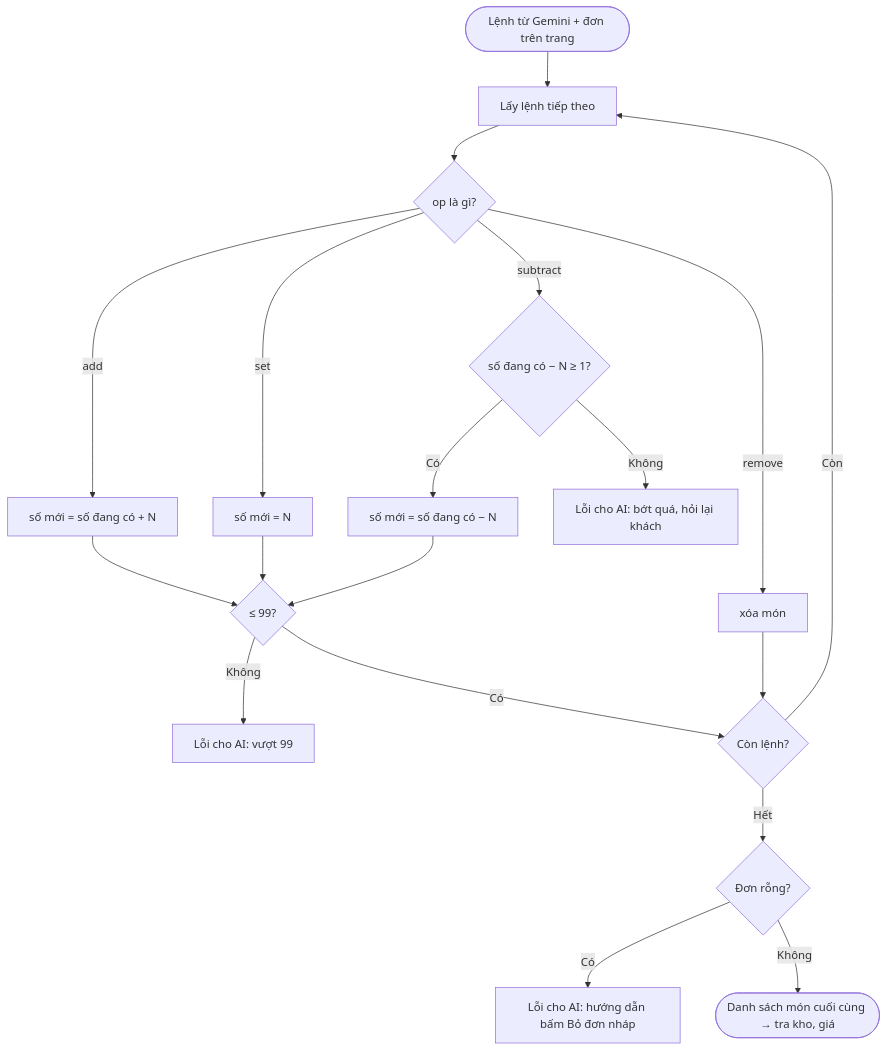
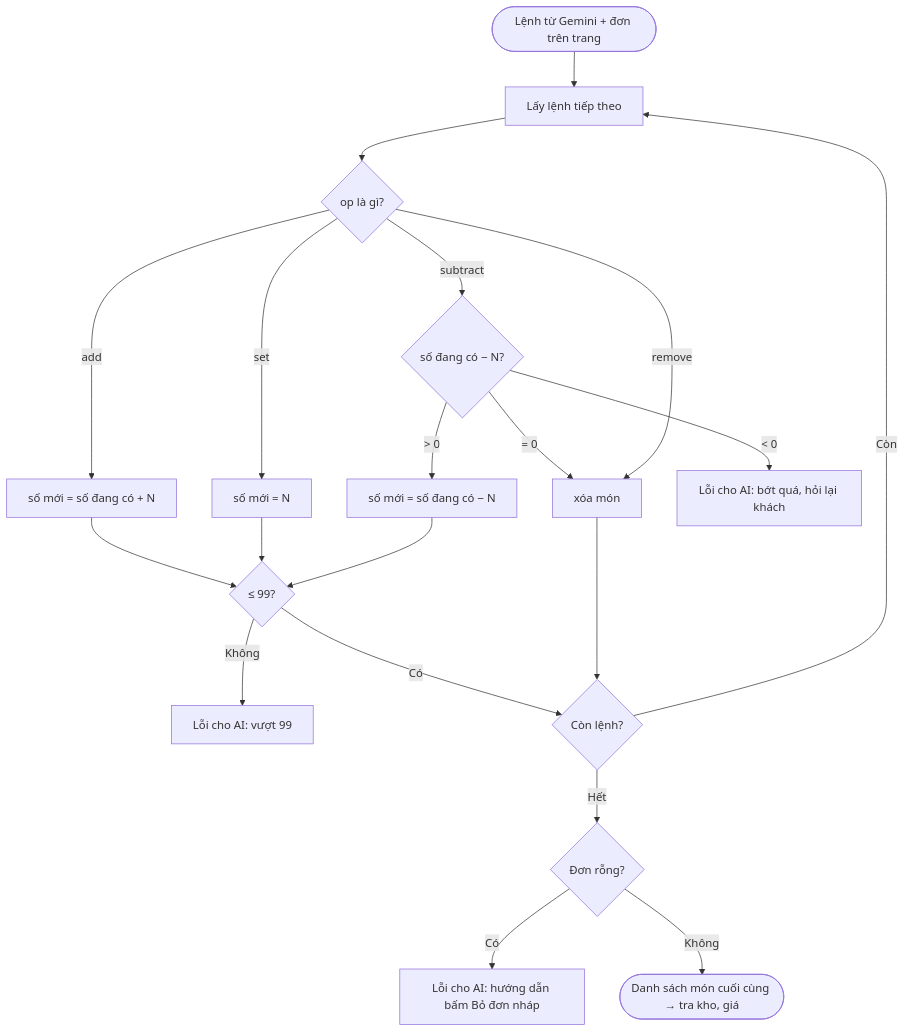
One commit to zdevlongnguz-blip/du-an-1 changed the third of 4 diagrams in docs/chat-ai/len-don-nhanh/13-giai-thich-de-hieu.md. Above: the diagram before and after it, drawn with Mermaid. The commit also changed other lines of this file and 7 other files, not shown here.

````diff
--- a/docs/chat-ai/len-don-nhanh/13-giai-thich-de-hieu.md
+++ b/docs/chat-ai/len-don-nhanh/13-giai-thich-de-hieu.md
@@ -234,21 +235,22 @@
 ```mermaid
 flowchart TD
     S(["Lệnh từ Gemini + đơn trên trang"]) --> L["Lấy lệnh tiếp theo"]
     L --> K{"op là gì?"}
     K -- add --> A["số mới = số đang có + N"]
     K -- set --> SE["số mới = N"]
-    K -- subtract --> SU{"số đang có − N ≥ 1?"}
-    SU -- Có --> SU2["số mới = số đang có − N"]
-    SU -- Không --> E1["Lỗi cho AI: bớt quá, hỏi lại khách"]
+    K -- subtract --> SU{"số đang có − N?"}
+    SU -- "> 0" --> SU2["số mới = số đang có − N"]
+    SU -- "= 0" --> R
+    SU -- "< 0" --> E1["Lỗi cho AI: bớt quá, hỏi lại khách"]
     K -- remove --> R["xóa món"]
     A --> C{"≤ 99?"}
     SE --> C
     SU2 --> C
     C -- Không --> E2["Lỗi cho AI: vượt 99"]
     C -- Có --> N{"Còn lệnh?"}
     R --> N
     N -- Còn --> L
     N -- Hết --> EM{"Đơn rỗng?"}
     EM -- Có --> E3["Lỗi cho AI: hướng dẫn bấm Bỏ đơn nháp"]
     EM -- Không --> OK(["Danh sách món cuối cùng → tra kho, giá"])
 ```
````
